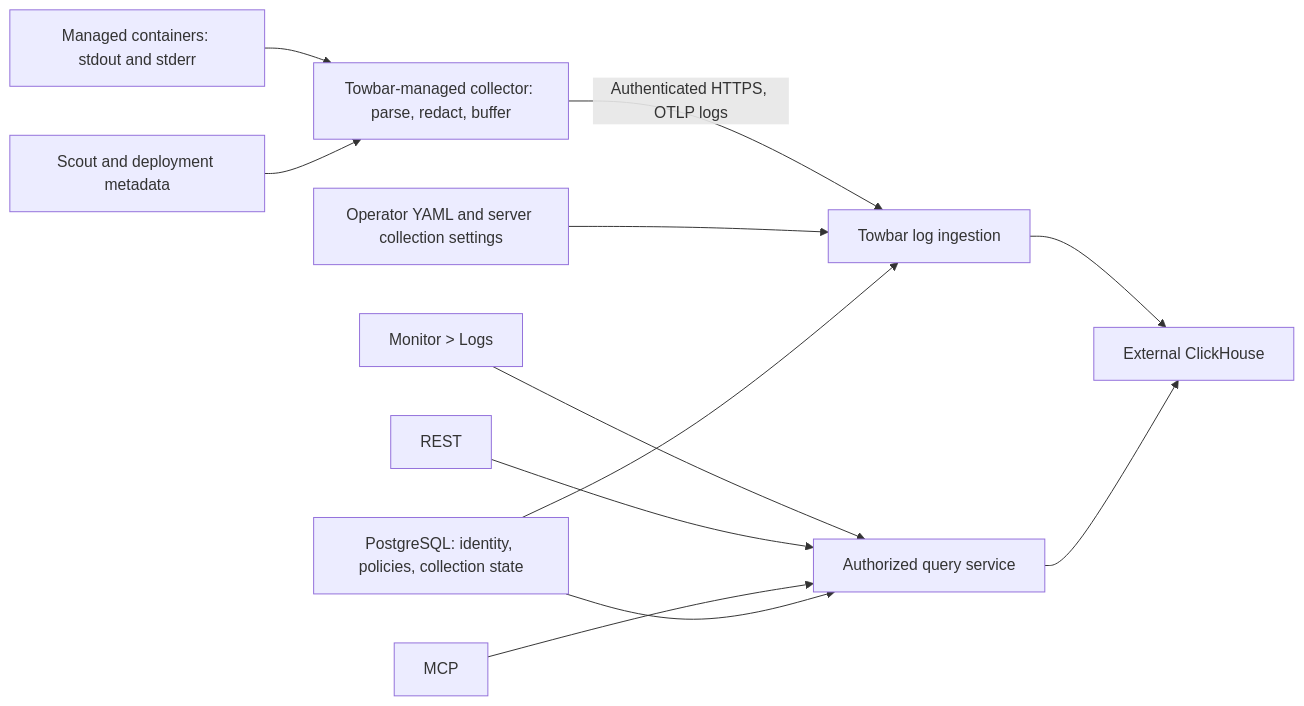
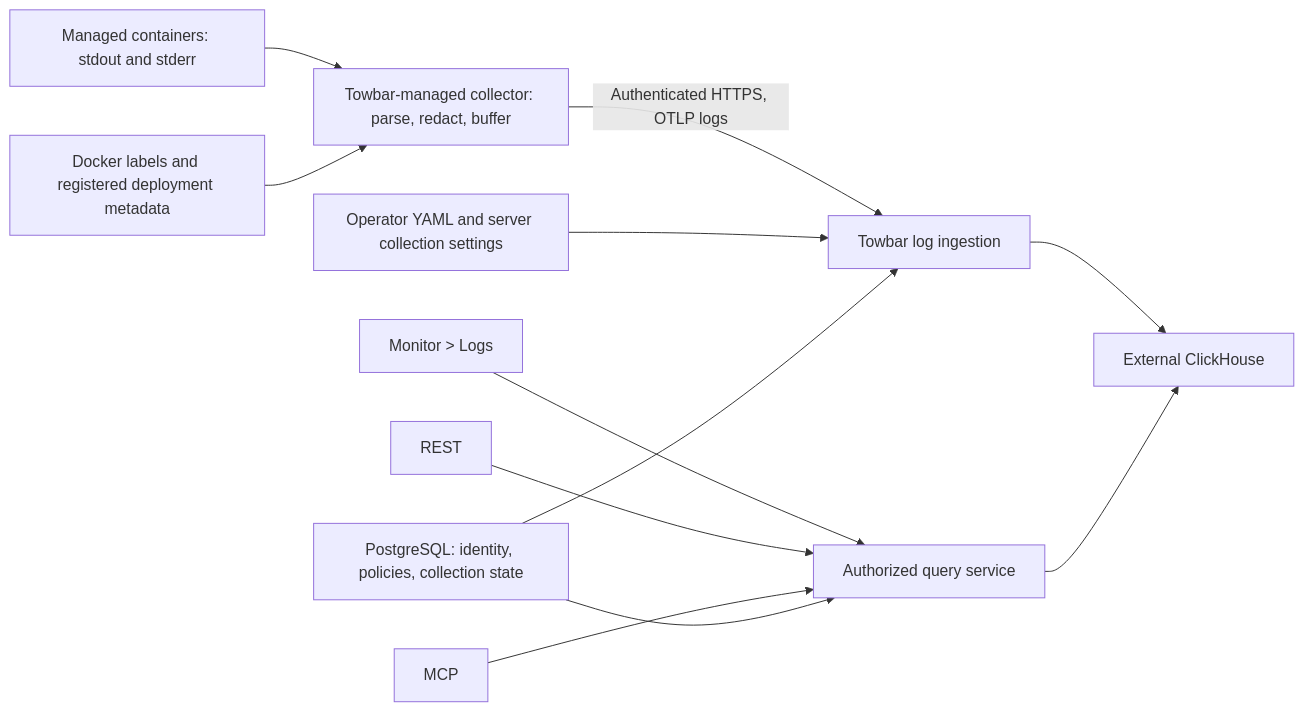
Before and after one commit to avgeek-oss/towbar: the diagram in plans/centralized-logs.md, drawn with Mermaid. The commit also changed other lines of this file and 8 other files, not shown here.

````diff
--- a/plans/centralized-logs.md
+++ b/plans/centralized-logs.md
@@ -67,14 +67,14 @@
 ```mermaid
 flowchart LR
     Containers[Managed containers: stdout and stderr] --> Collector[Towbar-managed collector: parse, redact, buffer]
-    Metadata[Scout and deployment metadata] --> Collector
+    Metadata[Docker labels and registered deployment metadata] --> Collector
     Collector -->|Authenticated HTTPS, OTLP logs| Ingest[Towbar log ingestion]
     Ingest --> ClickHouse[External ClickHouse]
     UI[Monitor > Logs] --> Queries[Authorized query service]
     REST[REST] --> Queries
     MCP[MCP] --> Queries
     Queries --> ClickHouse
     Config[Operator YAML and server collection settings] --> Ingest
     Control[PostgreSQL: identity, policies, collection state] --> Ingest
     Control --> Queries
 ```
````
